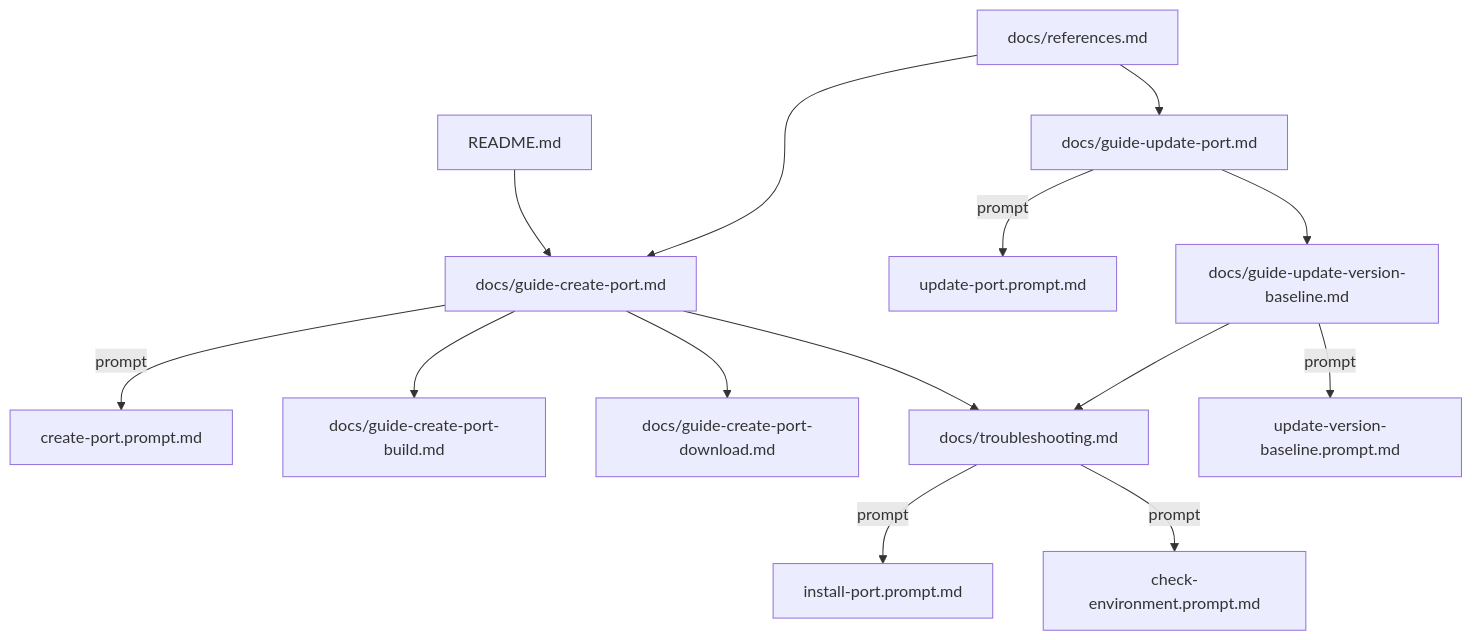
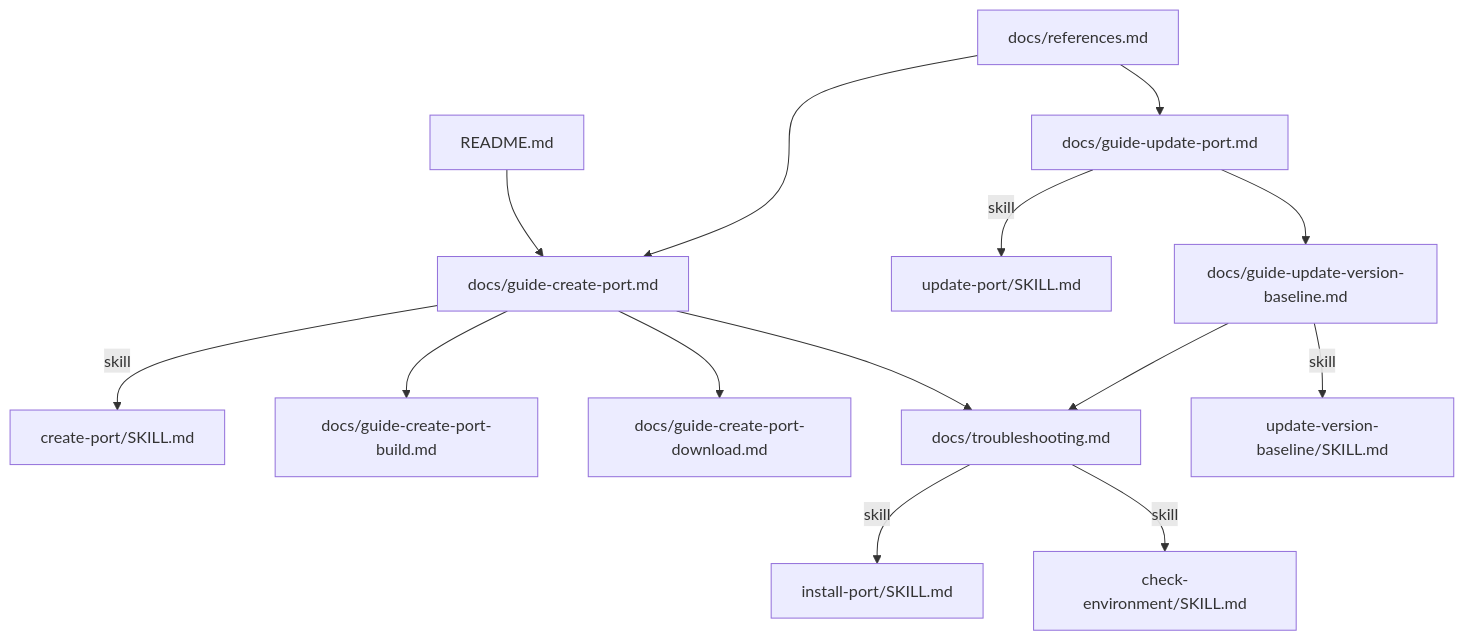
One commit to luncliff/vcpkg-registry changed the diagram in .github/copilot-instructions.md. Above: the diagram before and after it, drawn with Mermaid. The commit also changed other lines of this file and 21 other files, not shown here.

````diff
--- a/.github/copilot-instructions.md
+++ b/.github/copilot-instructions.md
@@ -116,19 +116,19 @@
 ```mermaid
 graph TD
   README[README.md] --> CreateGuide[docs/guide-create-port.md]
-  CreateGuide -- prompt --> CreatePrompt[create-port.prompt.md]
+  CreateGuide -- skill --> CreateSkill[create-port/SKILL.md]
   CreateGuide --> BuildGuide[docs/guide-create-port-build.md]
   CreateGuide --> DownloadGuide[docs/guide-create-port-download.md]
   CreateGuide --> Troubleshoot[docs/troubleshooting.md]
 
-  UpdateGuide[docs/guide-update-port.md] -- prompt --> UpdatePrompt[update-port.prompt.md]
+  UpdateGuide[docs/guide-update-port.md] -- skill --> UpdateSkill[update-port/SKILL.md]
   UpdateGuide --> BaselineGuide[docs/guide-update-version-baseline.md]
-  BaselineGuide -- prompt --> BaselinePrompt[update-version-baseline.prompt.md]
+  BaselineGuide -- skill --> BaselineSkill[update-version-baseline/SKILL.md]
   BaselineGuide --> Troubleshoot
 
-  Troubleshoot -- prompt --> InstallPrompt[install-port.prompt.md]
-  Troubleshoot -- prompt --> CheckEnvPrompt[check-environment.prompt.md]
+  Troubleshoot -- skill --> InstallSkill[install-port/SKILL.md]
+  Troubleshoot -- skill --> CheckEnvSkill[check-environment/SKILL.md]
 
   References[docs/references.md] --> CreateGuide
   References --> UpdateGuide
 ```
````
